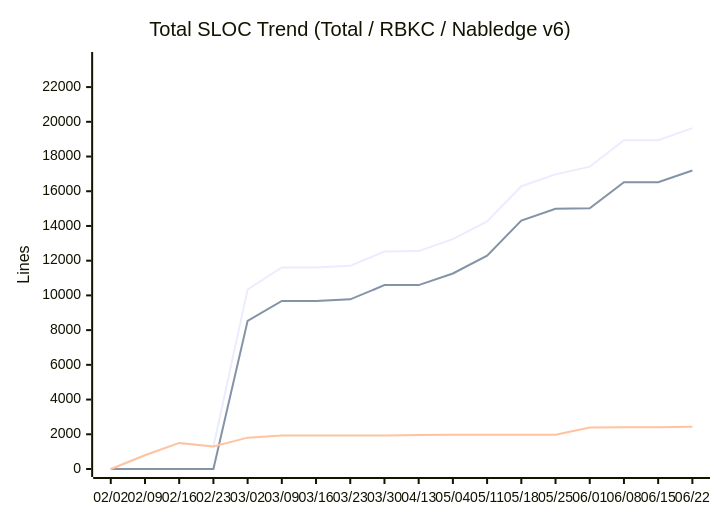
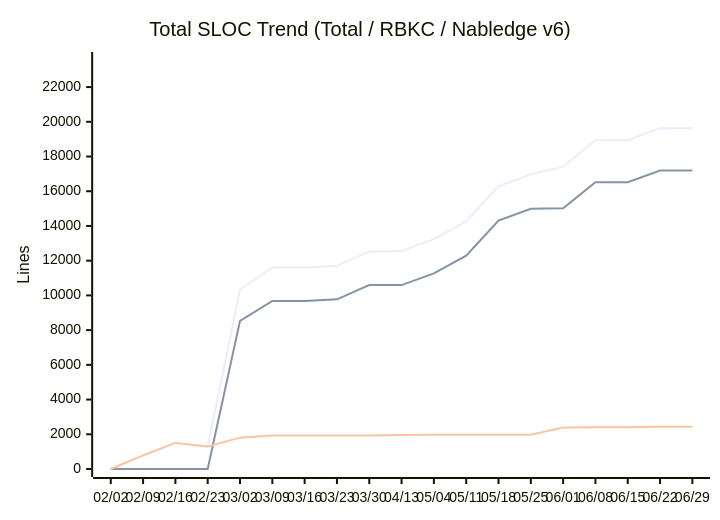
One commit to nablarch/nabledge-dev changed the eighth of 14 diagrams in docs/metrics.md. Above: the diagram before and after it, drawn with Mermaid. The commit also changed other lines of this file and 2 other files, not shown here.

````diff
--- a/docs/metrics.md
+++ b/docs/metrics.md
@@ -121,9 +121,9 @@
 ```mermaid
 xychart-beta
   title "Total SLOC Trend (Total / RBKC / Nabledge v6)"
-  x-axis ["02/02", "02/09", "02/16", "02/23", "03/02", "03/09", "03/16", "03/23", "03/30", "04/13", "05/04", "05/11", "05/18", "05/25", "06/01", "06/08", "06/15", "06/22"]
+  x-axis ["02/02", "02/09", "02/16", "02/23", "03/02", "03/09", "03/16", "03/23", "03/30", "04/13", "05/04", "05/11", "05/18", "05/25", "06/01", "06/08", "06/15", "06/22", "06/29"]
   y-axis "Lines" 0 --> 23560
-  line [0, 789, 1503, 1293, 10339, 11613, 11613, 11704, 12523, 12553, 13242, 14265, 16290, 16973, 17415, 18935, 18935, 19633]
-  line [0, 0, 0, 0, 8533, 9682, 9682, 9773, 10592, 10592, 11264, 12287, 14312, 14995, 15023, 16523, 16523, 17198]
-  line [0, 789, 1503, 1293, 1806, 1931, 1931, 1931, 1931, 1961, 1978, 1978, 1978, 1978, 2392, 2412, 2412, 2435]
+  line [0, 789, 1503, 1293, 10339, 11613, 11613, 11704, 12523, 12553, 13242, 14265, 16290, 16973, 17415, 18935, 18935, 19633, 19633]
+  line [0, 0, 0, 0, 8533, 9682, 9682, 9773, 10592, 10592, 11264, 12287, 14312, 14995, 15023, 16523, 16523, 17198, 17198]
+  line [0, 789, 1503, 1293, 1806, 1931, 1931, 1931, 1931, 1961, 1978, 1978, 1978, 1978, 2392, 2412, 2412, 2435, 2435]
 ```
````
